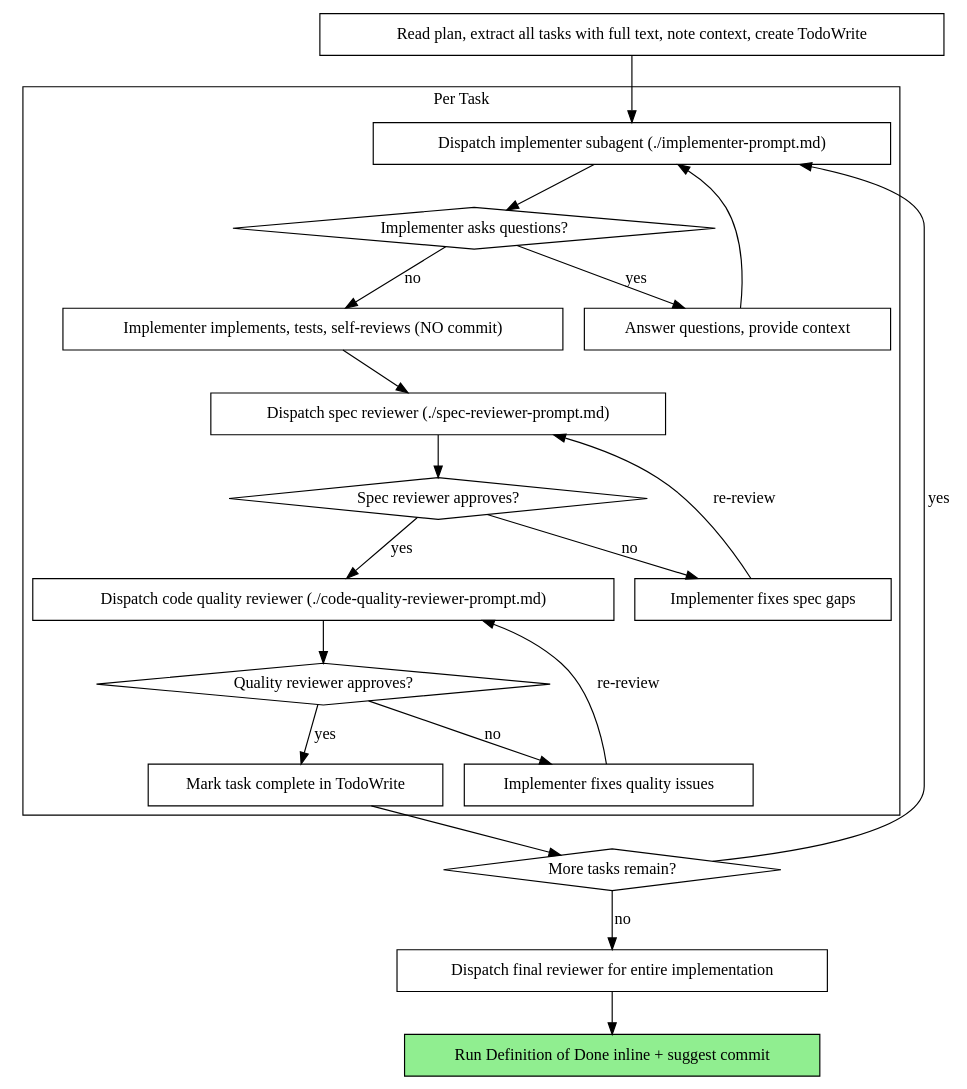
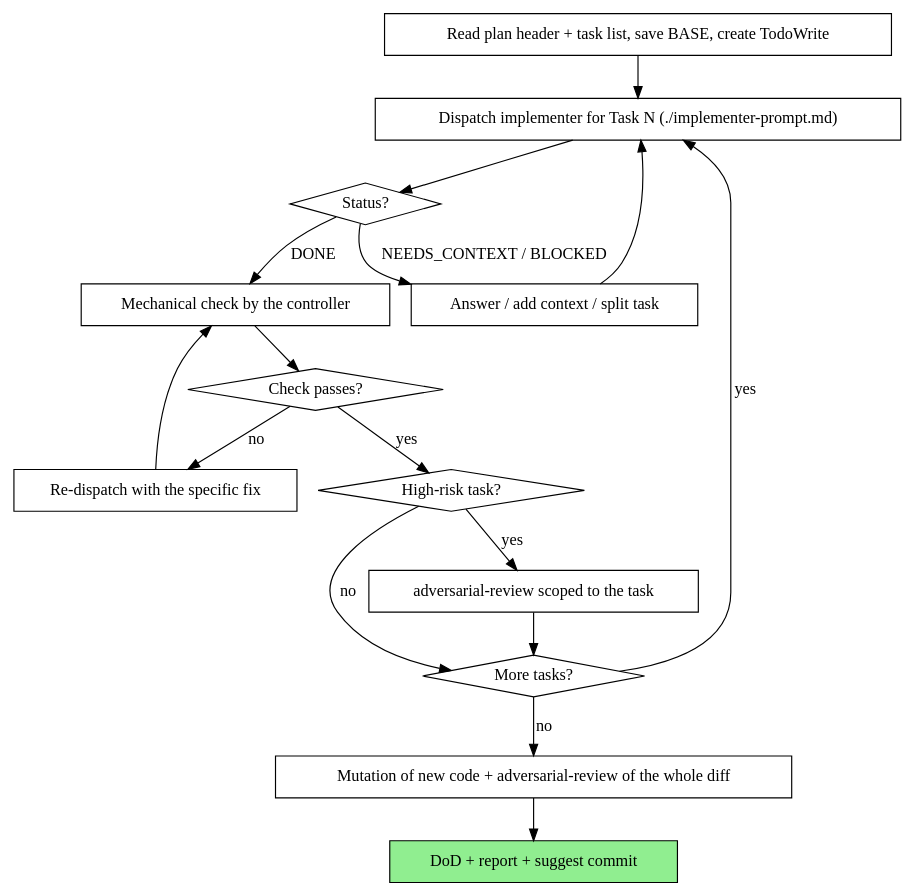
One commit to JorgeIPN7/template-nest-js-hexagonal-ddd-mudblood changed the diagram in .claude/skills/subagent-driven-development/SKILL.md. Above: the diagram before and after it, drawn with Graphviz. The commit also changed other lines of this file and 19 other files, not shown here.

````diff
--- a/.claude/skills/subagent-driven-development/SKILL.md
+++ b/.claude/skills/subagent-driven-development/SKILL.md
@@ -45,44 +39,33 @@
 ```dot
 digraph process {
     rankdir=TB;
+    "Read plan header + task list, save BASE, create TodoWrite" [shape=box];
+    "Dispatch implementer for Task N (./implementer-prompt.md)" [shape=box];
+    "Status?" [shape=diamond];
+    "Answer / add context / split task" [shape=box];
+    "Mechanical check by the controller" [shape=box];
+    "Check passes?" [shape=diamond];
+    "Re-dispatch with the specific fix" [shape=box];
+    "High-risk task?" [shape=diamond];
+    "adversarial-review scoped to the task" [shape=box];
+    "More tasks?" [shape=diamond];
+    "Mutation of new code + adversarial-review of the whole diff" [shape=box];
+    "DoD + report + suggest commit" [shape=box style=filled fillcolor=lightgreen];
 
-    subgraph cluster_per_task {
-        label="Per Task";
-        "Dispatch implementer subagent (./implementer-prompt.md)" [shape=box];
-        "Implementer asks questions?" [shape=diamond];
-        "Answer questions, provide context" [shape=box];
-        "Implementer implements, tests, self-reviews (NO commit)" [shape=box];
-        "Dispatch spec reviewer (./spec-reviewer-prompt.md)" [shape=box];
-        "Spec reviewer approves?" [shape=diamond];
-        "Implementer fixes spec gaps" [shape=box];
-        "Dispatch code quality reviewer (./code-quality-reviewer-prompt.md)" [shape=box];
-        "Quality reviewer approves?" [shape=diamond];
-        "Implementer fixes quality issues" [shape=box];
-        "Mark task complete in TodoWrite" [shape=box];
-    }
-
-    "Read plan, extract all tasks with full text, note context, create TodoWrite" [shape=box];
-    "More tasks remain?" [shape=diamond];
-    "Dispatch final reviewer for entire implementation" [shape=box];
-    "Run Definition of Done inline + suggest commit" [shape=box style=filled fillcolor=lightgreen];
-
-    "Read plan, extract all tasks with full text, note context, create TodoWrite" -> "Dispatch implementer subagent (./implementer-prompt.md)";
-    "Dispatch implementer subagent (./implementer-prompt.md)" -> "Implementer asks questions?";
-    "Implementer asks questions?" -> "Answer questions, provide context" [label="yes"];
-    "Answer questions, provide context" -> "Dispatch implementer subagent (./implementer-prompt.md)";
-    "Implementer asks questions?" -> "Implementer implements, tests, self-reviews (NO commit)" [label="no"];
-    "Implementer implements, tests, self-reviews (NO commit)" -> "Dispatch spec reviewer (./spec-reviewer-prompt.md)";
-    "Dispatch spec reviewer (./spec-reviewer-prompt.md)" -> "Spec reviewer approves?";
-    "Spec reviewer approves?" -> "Implementer fixes spec gaps" [label="no"];
-    "Implementer fixes spec gaps" -> "Dispatch spec reviewer (./spec-reviewer-prompt.md)" [label="re-review"];
-    "Spec reviewer approves?" -> "Dispatch code quality reviewer (./code-quality-reviewer-prompt.md)" [label="yes"];
-    "Dispatch code quality reviewer (./code-quality-reviewer-prompt.md)" -> "Quality reviewer approves?";
-    "Quality reviewer approves?" -> "Implementer fixes quality issues" [label="no"];
-    "Implementer fixes quality issues" -> "Dispatch code quality reviewer (./code-quality-reviewer-prompt.md)" [label="re-review"];
-    "Quality reviewer approves?" -> "Mark task complete in TodoWrite" [label="yes"];
-    "Mark task complete in TodoWrite" -> "More tasks remain?";
-    "More tasks remain?" -> "Dispatch implementer subagent (./implementer-prompt.md)" [label="yes"];
-    "More tasks remain?" -> "Dispatch final reviewer for entire implementation" [label="no"];
-    "Dispatch final reviewer for entire implementation" -> "Run Definition of Done inline + suggest commit";
+    "Read plan header + task list, save BASE, create TodoWrite" -> "Dispatch implementer for Task N (./implementer-prompt.md)";
+    "Dispatch implementer for Task N (./implementer-prompt.md)" -> "Status?";
+    "Status?" -> "Answer / add context / split task" [label="NEEDS_CONTEXT / BLOCKED"];
+    "Answer / add context / split task" -> "Dispatch implementer for Task N (./implementer-prompt.md)";
+    "Status?" -> "Mechanical check by the controller" [label="DONE"];
+    "Mechanical check by the controller" -> "Check passes?";
+    "Check passes?" -> "Re-dispatch with the specific fix" [label="no"];
+    "Re-dispatch with the specific fix" -> "Mechanical check by the controller";
+    "Check passes?" -> "High-risk task?" [label="yes"];
+    "High-risk task?" -> "adversarial-review scoped to the task" [label="yes"];
+    "High-risk task?" -> "More tasks?" [label="no"];
+    "adversarial-review scoped to the task" -> "More tasks?";
+    "More tasks?" -> "Dispatch implementer for Task N (./implementer-prompt.md)" [label="yes"];
+    "More tasks?" -> "Mutation of new code + adversarial-review of the whole diff" [label="no"];
+    "Mutation of new code + adversarial-review of the whole diff" -> "DoD + report + suggest commit";
 }
 ```
````
